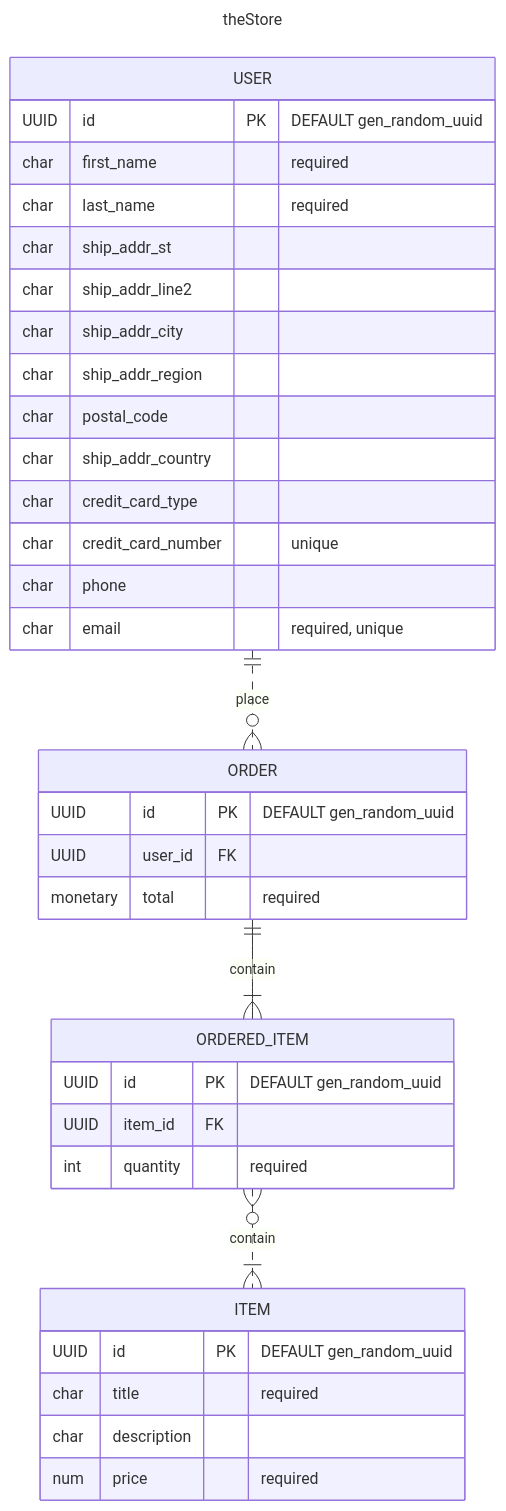
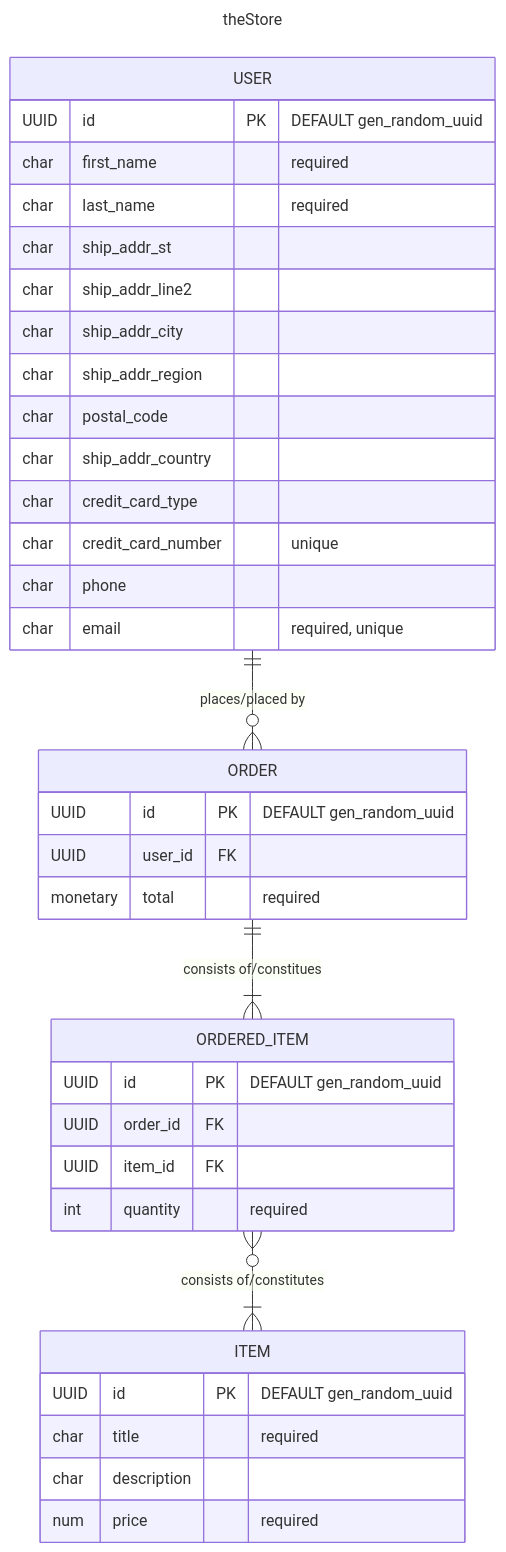
Before and after one commit to eisukeesaki/the-online-store: the diagram in db/erd/ERD.mermaid, drawn with Mermaid. The commit also changed other lines of this file, not shown here.

Commit message:
updated erd source

```diff
--- a/db/erd/ERD.mermaid
+++ b/db/erd/ERD.mermaid
@@ -1,38 +1,39 @@
 ---
 title: theStore
 ---
   erDiagram
-    USER ||..o{ ORDER: place
+    USER ||--o{ ORDER: "places/placed by"
     USER {
         UUID id PK "DEFAULT gen_random_uuid"
         char first_name "required"
         char last_name "required"
         char ship_addr_st
         char ship_addr_line2
         char ship_addr_city
         char ship_addr_region
         char postal_code
         char ship_addr_country
         char credit_card_type
         char credit_card_number "unique"
         char phone
         char email "required, unique"
     }
     ORDER {
         UUID id PK "DEFAULT gen_random_uuid"
         UUID user_id FK
         monetary total "required"
     }
-    ORDER ||--|{ ORDERED_ITEM : contain
+    ORDER ||--|{ ORDERED_ITEM : "consists of/constitues"
     ORDERED_ITEM {
         UUID id PK "DEFAULT gen_random_uuid"
+        UUID order_id FK
         UUID item_id FK 
         int quantity "required"
     }
-    ORDERED_ITEM }o..|{ ITEM : contain
+    ORDERED_ITEM }o--|{ ITEM : "consists of/constitutes"
     ITEM {
         UUID id PK "DEFAULT gen_random_uuid"
         char title "required"
         char description
         num price "required"
     }
```
